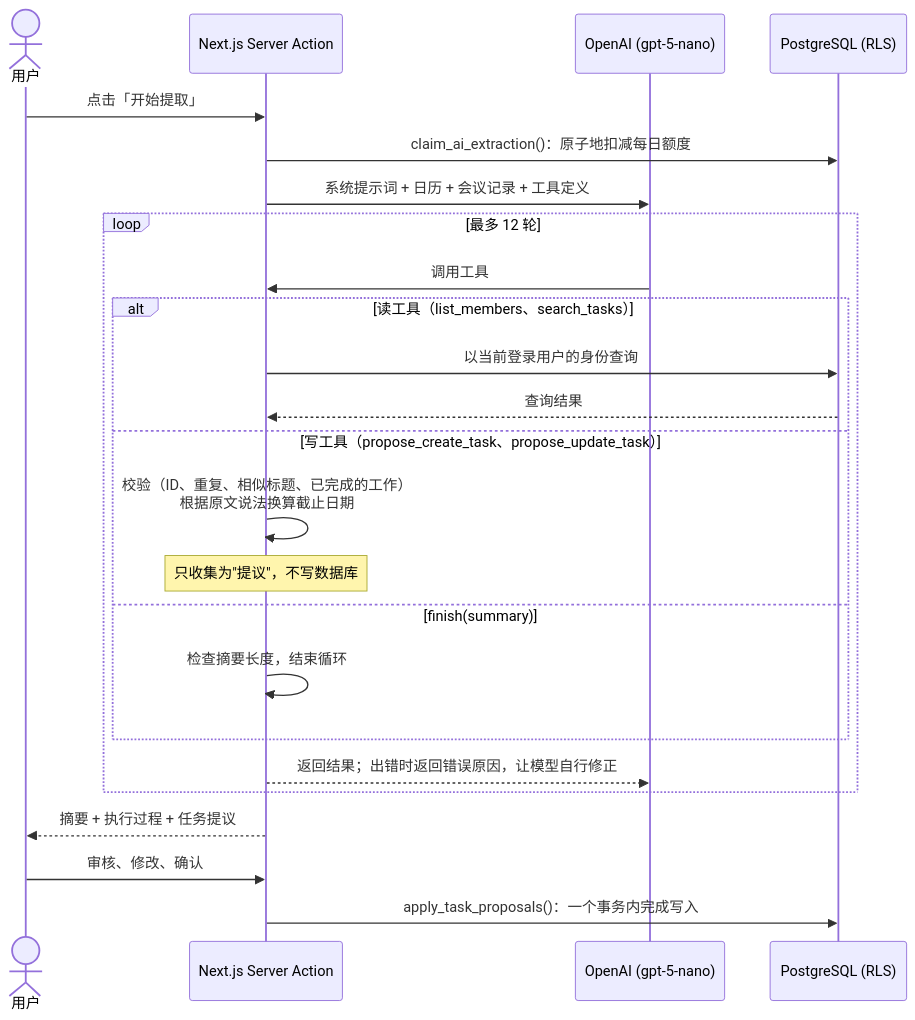
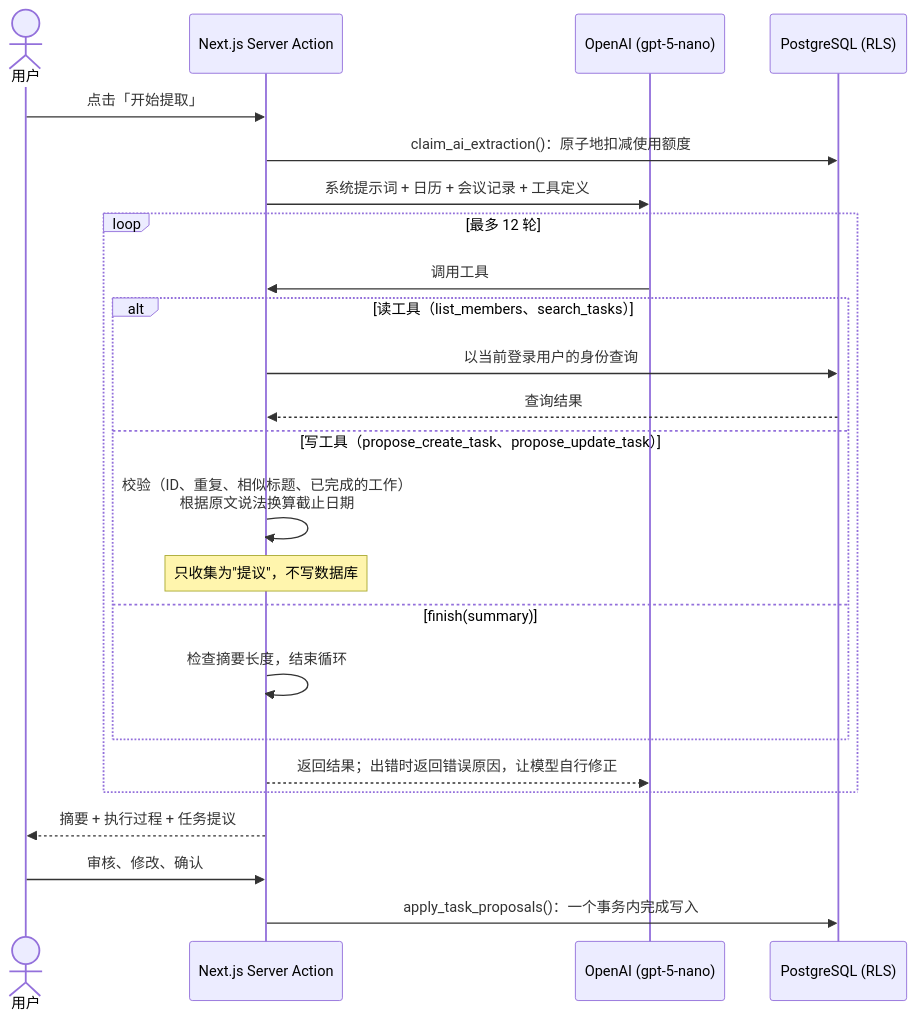
One commit to MARCHTOWNE/Meeting-Task changed the first of 2 diagrams in README.md. Above: the diagram before and after it, drawn with Mermaid. The commit also changed other lines of this file and 10 other files, not shown here.

````diff
--- a/README.md
+++ b/README.md
@@ -35,27 +35,27 @@
 ```mermaid
 sequenceDiagram
     actor 用户
     participant App as Next.js Server Action
     participant LLM as OpenAI (gpt-5-nano)
     participant DB as PostgreSQL (RLS)
 
     用户->>App: 点击「开始提取」
-    App->>DB: claim_ai_extraction()：原子地扣减每日额度
+    App->>DB: claim_ai_extraction()：原子地扣减使用额度
     App->>LLM: 系统提示词 + 日历 + 会议记录 + 工具定义
     loop 最多 12 轮
         LLM->>App: 调用工具
         alt 读工具（list_members、search_tasks）
             App->>DB: 以当前登录用户的身份查询
             DB-->>App: 查询结果
         else 写工具（propose_create_task、propose_update_task）
             App->>App: 校验（ID、重复、相似标题、已完成的工作）<br/>根据原文说法换算截止日期
             Note over App: 只收集为"提议"，不写数据库
         else finish(summary)
             App->>App: 检查摘要长度，结束循环
         end
         App-->>LLM: 返回结果；出错时返回错误原因，让模型自行修正
     end
     App-->>用户: 摘要 + 执行过程 + 任务提议
     用户->>App: 审核、修改、确认
     App->>DB: apply_task_proposals()：一个事务内完成写入
 ```
````
